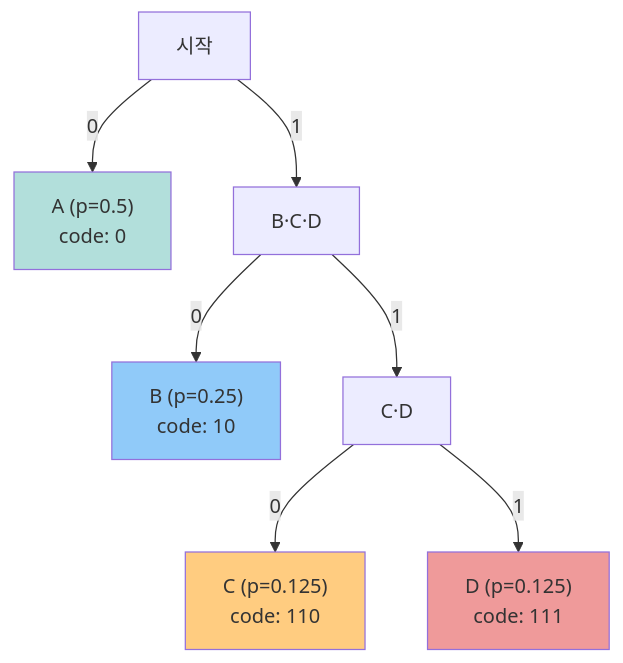
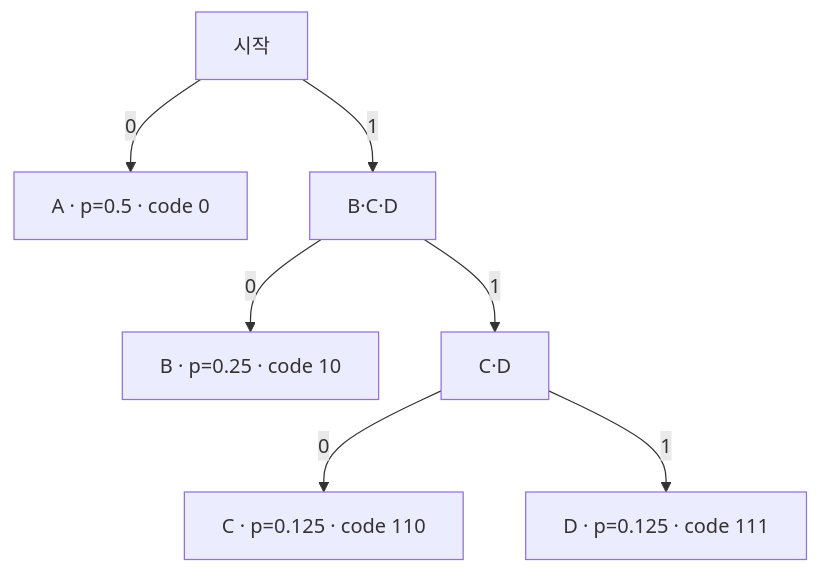
Before and after one commit to KMUTMU/information-security: diagram 12 of 12 in 02_대칭키암호_정리.md, drawn with Mermaid. The commit also changed other lines of this file and 5 other files, not shown here.

Commit message:
Mermaid 다이어그램 가독성 개선: 짧은 라벨·이모지 제거·색상 최소화

````diff
--- a/02_대칭키암호_정리.md
+++ b/02_대칭키암호_정리.md
@@ -543,13 +519,9 @@
 ```mermaid
 flowchart TB
-    START["시작"] -->|"0"| A["A (p=0.5)<br/>code: 0"]
-    START -->|"1"| BCD["B·C·D"]
-    BCD -->|"0"| B["B (p=0.25)<br/>code: 10"]
-    BCD -->|"1"| CD["C·D"]
-    CD -->|"0"| C["C (p=0.125)<br/>code: 110"]
-    CD -->|"1"| D["D (p=0.125)<br/>code: 111"]
-    style A fill:#b2dfdb
-    style B fill:#90caf9
-    style C fill:#ffcc80
-    style D fill:#ef9a9a
+    START["시작"] -->|0| A["A · p=0.5 · code 0"]
+    START -->|1| BCD["B·C·D"]
+    BCD -->|0| B["B · p=0.25 · code 10"]
+    BCD -->|1| CD["C·D"]
+    CD -->|0| C["C · p=0.125 · code 110"]
+    CD -->|1| D["D · p=0.125 · code 111"]
 ```
````
